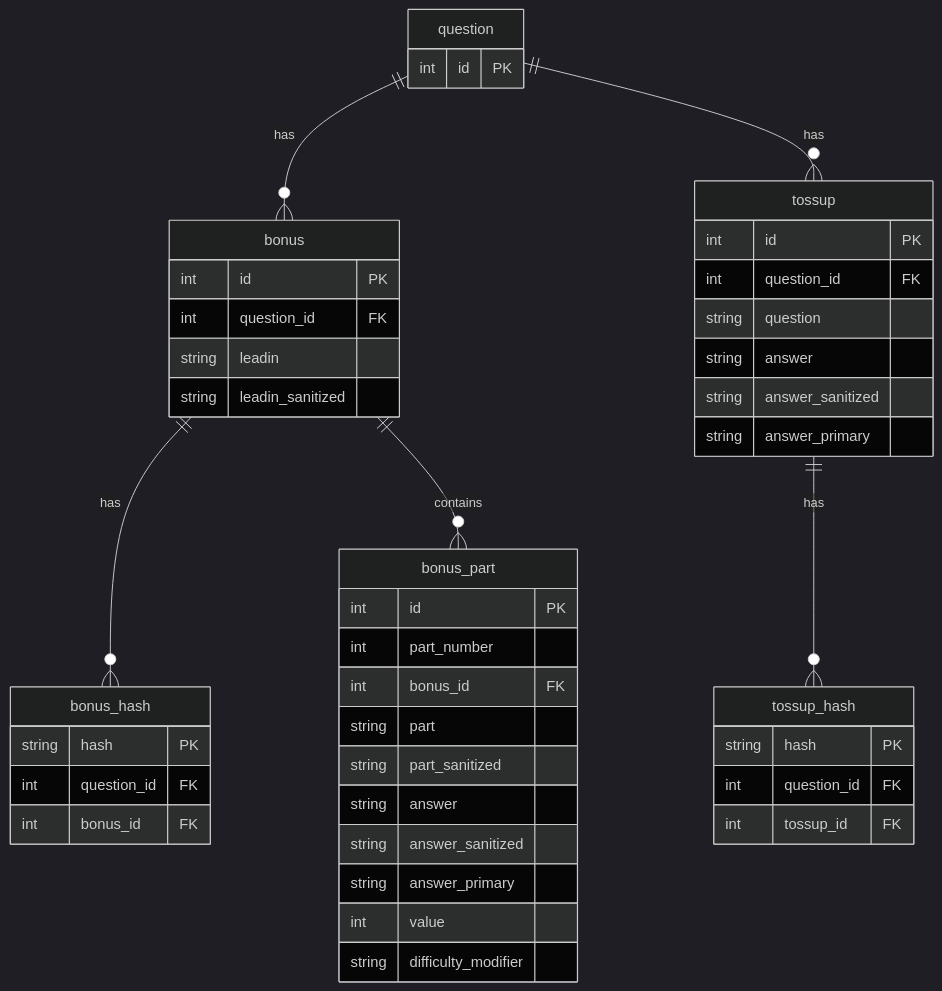
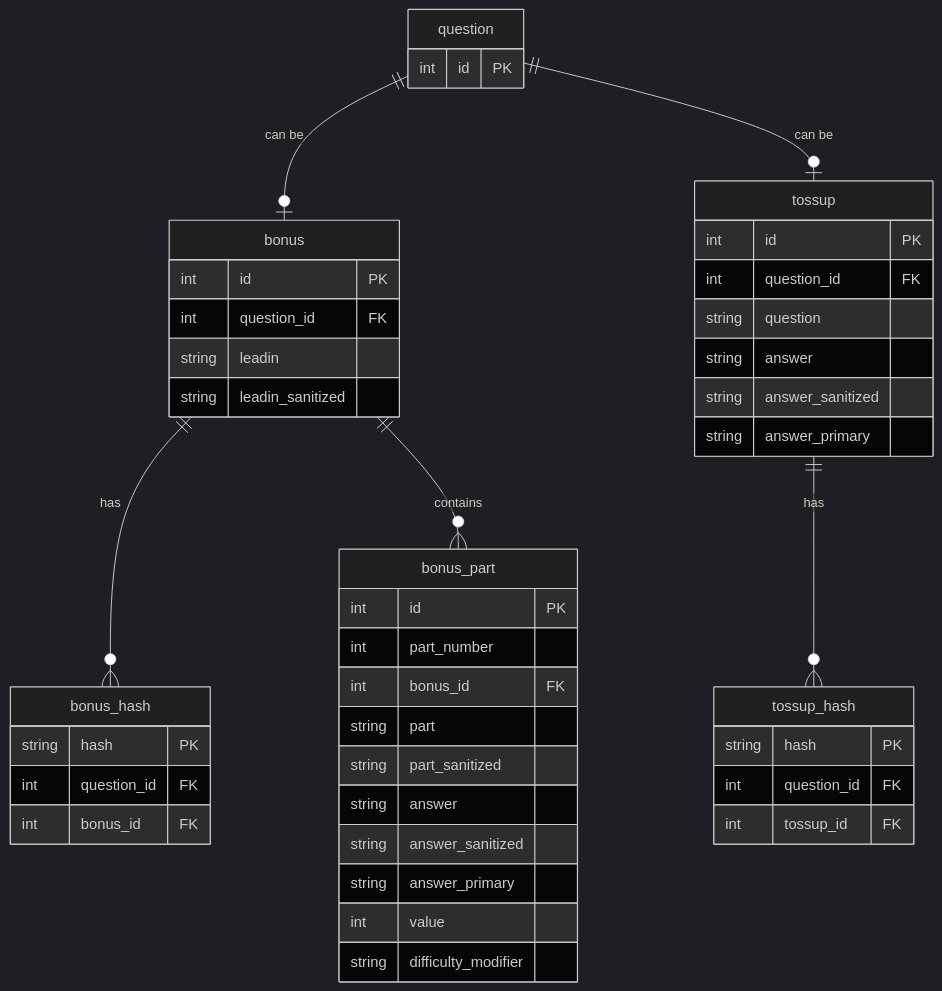
Before and after one commit to maharshi95/acf-data: the second of 5 diagrams in docs/structure.md, drawn with Mermaid (dark theme). The commit also changed other lines of this file, not shown here.

````diff
--- a/docs/structure.md
+++ b/docs/structure.md
@@ -93,48 +95,48 @@
 ```mermaid
 erDiagram
-    question ||--o{ bonus : has
+    question ||--o| bonus : "can be"
     bonus ||--o{ bonus_hash : has
     bonus ||--o{ bonus_part : contains
-    question ||--o{ tossup : has
+    question ||--o| tossup : "can be"
     tossup ||--o{ tossup_hash : has
 
     question {
         int id PK
     }
     bonus {
         int id PK
         int question_id FK
         string leadin
         string leadin_sanitized
     }
     bonus_part {
         int id PK
         int part_number
         int bonus_id FK
         string part
         string part_sanitized
         string answer
         string answer_sanitized
         string answer_primary
         int value
         string difficulty_modifier
     }
     tossup {
         int id PK
         int question_id FK
         string question
         string answer
         string answer_sanitized
         string answer_primary
     }
     bonus_hash {
         string hash PK
         int question_id FK
         int bonus_id FK
     }
     tossup_hash {
         string hash PK
         int question_id FK
         int tossup_id FK
     }
 ```
````
